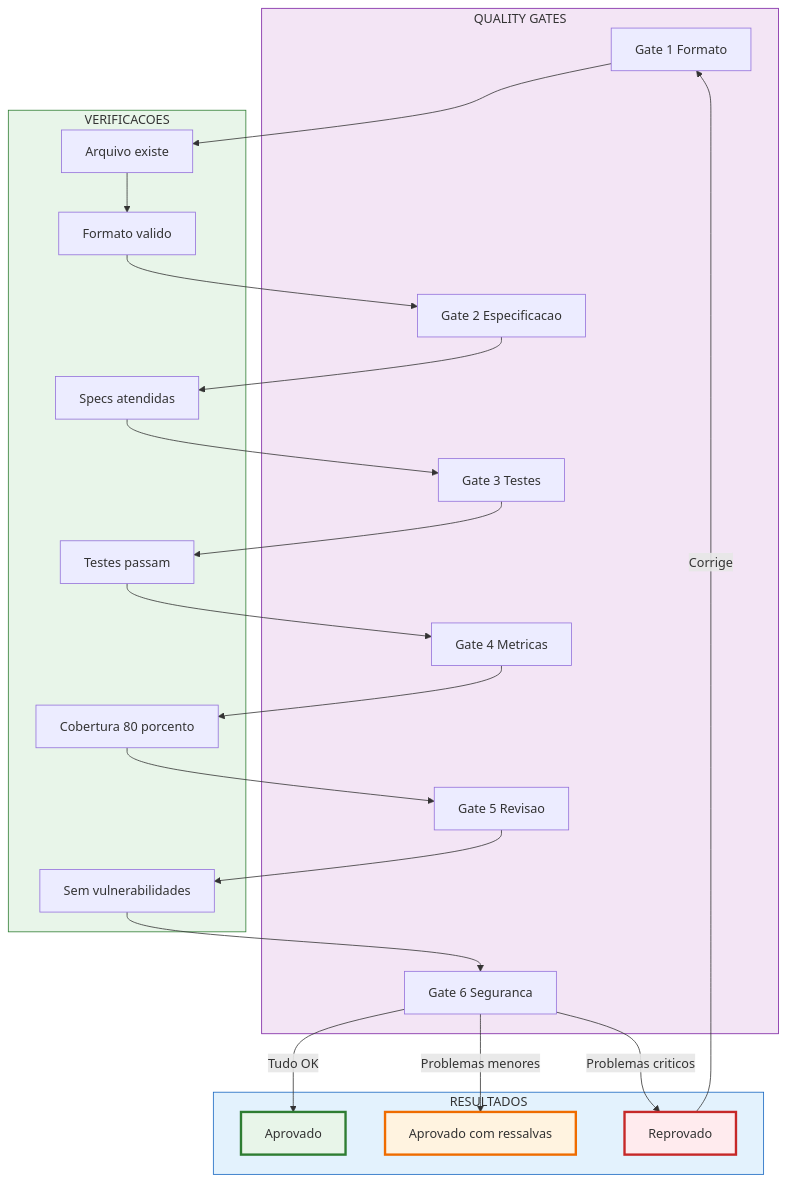
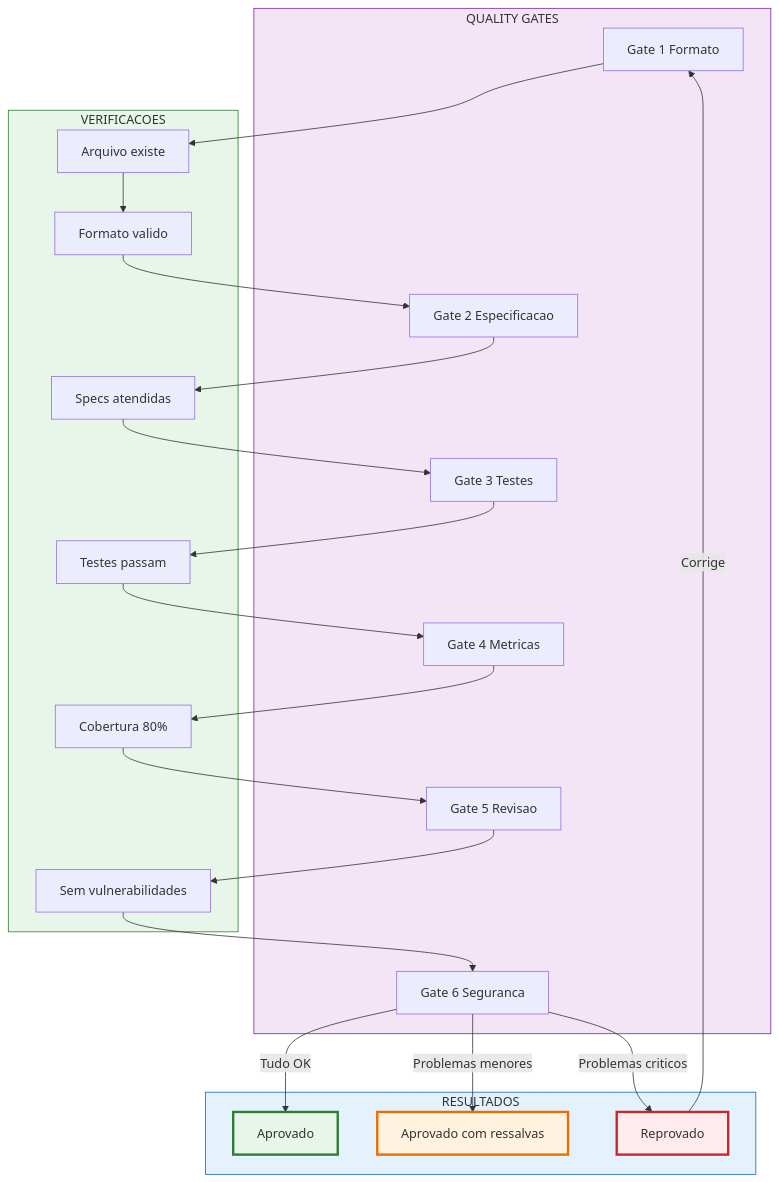
Diagram 12 of 22 in README.md (MarceloClaro/opencode-ecosystem-core), drawn with Mermaid before and after one commit. The commit also changed other lines of this file, not shown here.

First line of the commit message:
feat(docs): fix flowcharts, add themes, translate datasets to Portuguese

````diff
--- a/README.md
+++ b/README.md
@@ -768,51 +727,39 @@
 ```mermaid
 flowchart TD
-    subgraph GATES ["QUALITY GATES"]
-        G1["Gate 1 Formato"]
-        G2["Gate 2 Especificacao"]
-        G3["Gate 3 Testes"]
-        G4["Gate 4 Metricas"]
-        G5["Gate 5 Revisao"]
-        G6["Gate 6 Seguranca"]
+    subgraph GATES[QUALITY GATES]
+        G1[Gate 1 Formato]
+        G2[Gate 2 Especificacao]
+        G3[Gate 3 Testes]
+        G4[Gate 4 Metricas]
+        G5[Gate 5 Revisao]
+        G6[Gate 6 Seguranca]
     end
 
-    subgraph CHECKS ["VERIFICACOES"]
-        C1["Arquivo existe"]
-        C2["Formato valido"]
-        C3["Specs atendidas"]
-        C4["Testes passam"]
-        C5["Cobertura 80 porcento"]
-        C6["Sem vulnerabilidades"]
+    subgraph CHECKS[VERIFICACOES]
+        C1[Arquivo existe]
+        C2[Formato valido]
+        C3[Specs atendidas]
+        C4[Testes passam]
+        C5[Cobertura 80%]
+        C6[Sem vulnerabilidades]
     end
 
-    subgraph RESULTS ["RESULTADOS"]
-        R1["Aprovado"]
-        R2["Aprovado com ressalvas"]
-        R3["Reprovado"]
+    subgraph RESULTS[RESULTADOS]
+        R1[Aprovado]
+        R2[Aprovado com ressalvas]
+        R3[Reprovado]
     end
 
-    G1 --> C1
-    C1 --> C2
-    C2 --> G2
-    G2 --> C3
-    C3 --> G3
-    G3 --> C4
-    C4 --> G4
-    G4 --> C5
-    C5 --> G5
-    G5 --> C6
-    C6 --> G6
-
-    G6 -->|"Tudo OK"| R1
-    G6 -->|"Problemas menores"| R2
-    G6 -->|"Problemas criticos"| R3
-
-    R3 -->|"Corrige"| G1
+    G1 --> C1 --> C2 --> G2 --> C3 --> G3 --> C4 --> G4 --> C5 --> G5 --> C6 --> G6
+    G6 -->|Tudo OK| R1
+    G6 -->|Problemas menores| R2
+    G6 -->|Problemas criticos| R3
+    R3 -->|Corrige| G1
 
     style GATES fill:#f3e5f5,stroke:#7b1fa2
     style CHECKS fill:#e8f5e9,stroke:#2e7d32
     style RESULTS fill:#e3f2fd,stroke:#1565c0
     style R1 fill:#e8f5e9,stroke:#2e7d32,stroke-width:3px
     style R2 fill:#fff3e0,stroke:#ef6c00,stroke-width:3px
     style R3 fill:#ffebee,stroke:#c62828,stroke-width:3px
 ```
````
